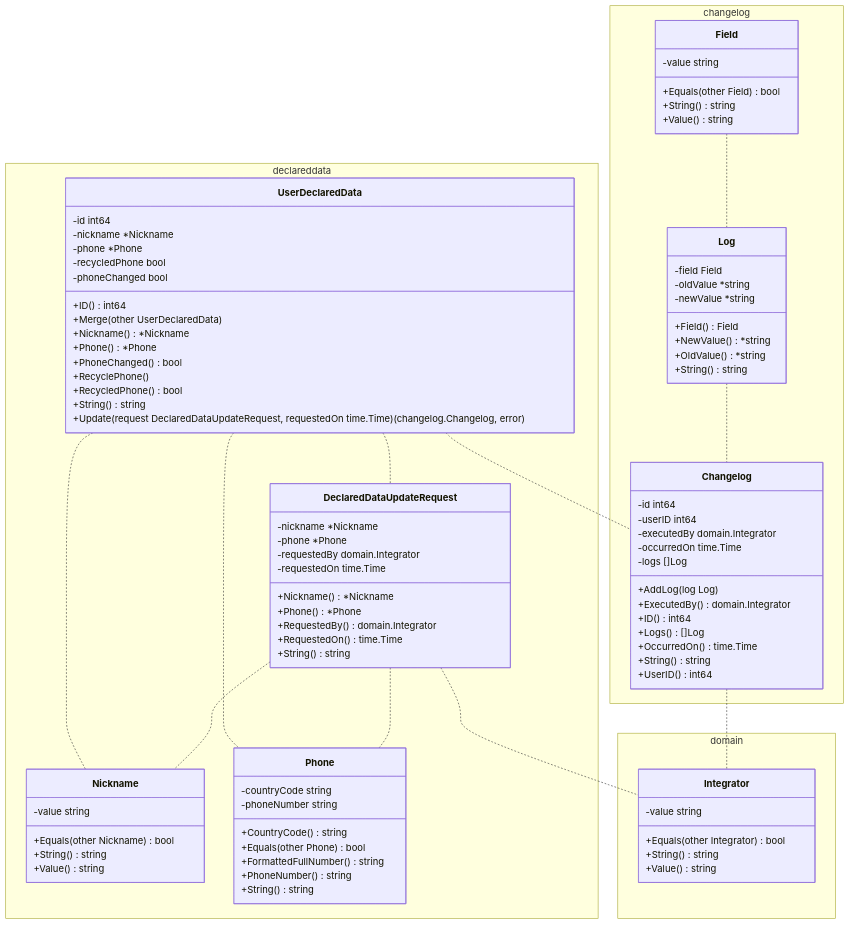
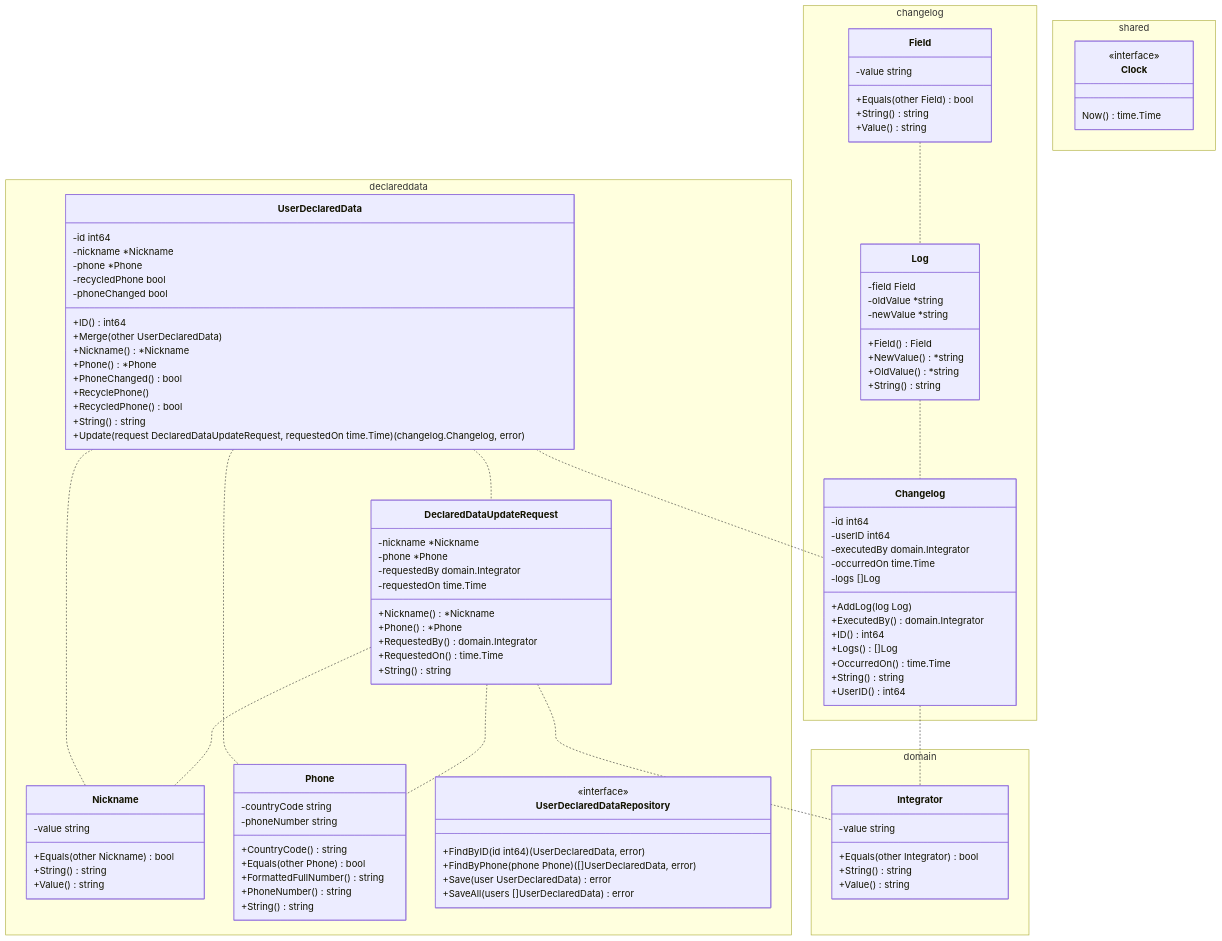
Before and after one commit to jdgonzalez907/go-clean-arch: the diagram in full_example/README.md, drawn with Mermaid.

Commit message:
add interfaces to class diagram

````diff
--- a/full_example/README.md
+++ b/full_example/README.md
@@ -76,6 +76,13 @@
             +String() string
             +Update(request DeclaredDataUpdateRequest, requestedOn time.Time) (changelog.Changelog, error)
         }
+        class UserDeclaredDataRepository {
+            <<interface>>
+            +FindByID(id int64) (UserDeclaredData, error)
+            +FindByPhone(phone Phone) ([]UserDeclaredData, error)
+            +Save(user UserDeclaredData) error
+            +SaveAll(users []UserDeclaredData) error
+        }
         class DeclaredDataUpdateRequest {
             -nickname    *Nickname
             -phone       *Phone
@@ -106,4 +113,11 @@
             +String() string
         }
     }
+    namespace shared {
+        class Clock {
+            <<interface>>
+            Now() time.Time
+        }
+    }
+
 ```
````
